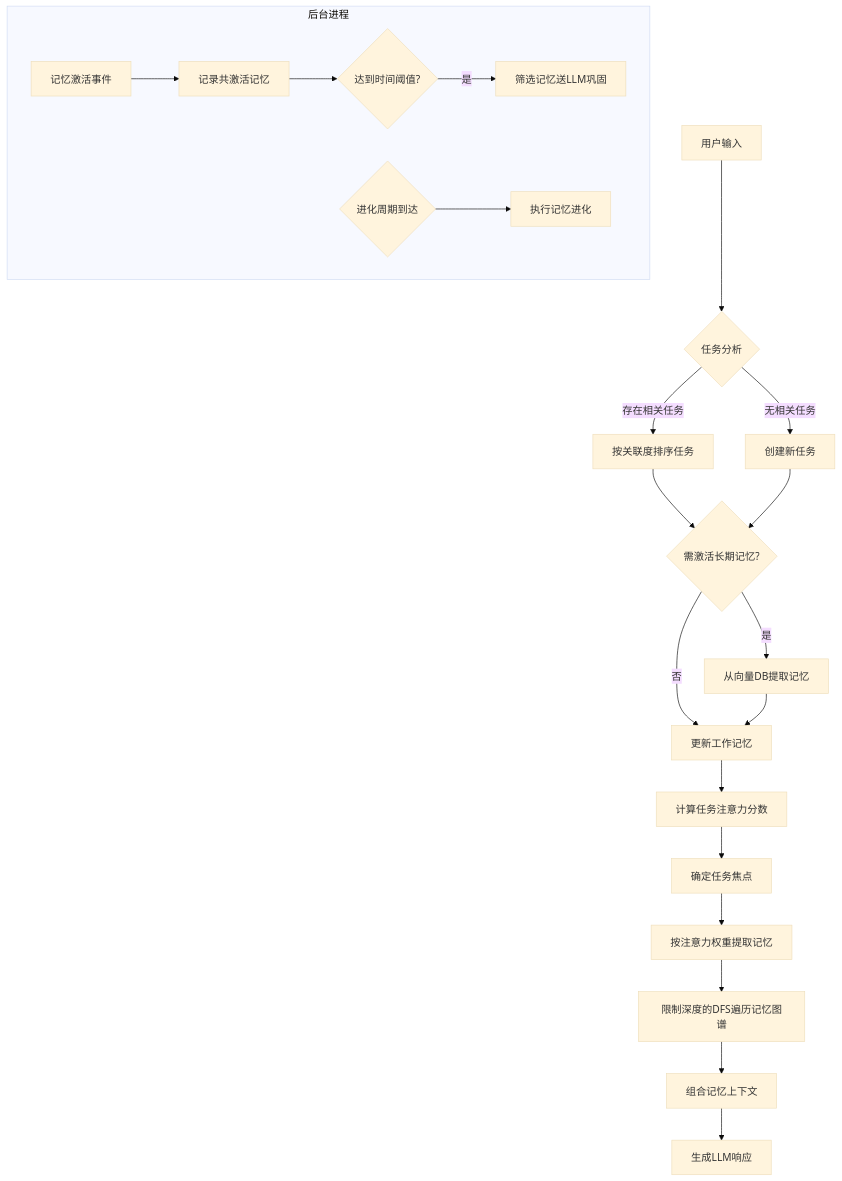
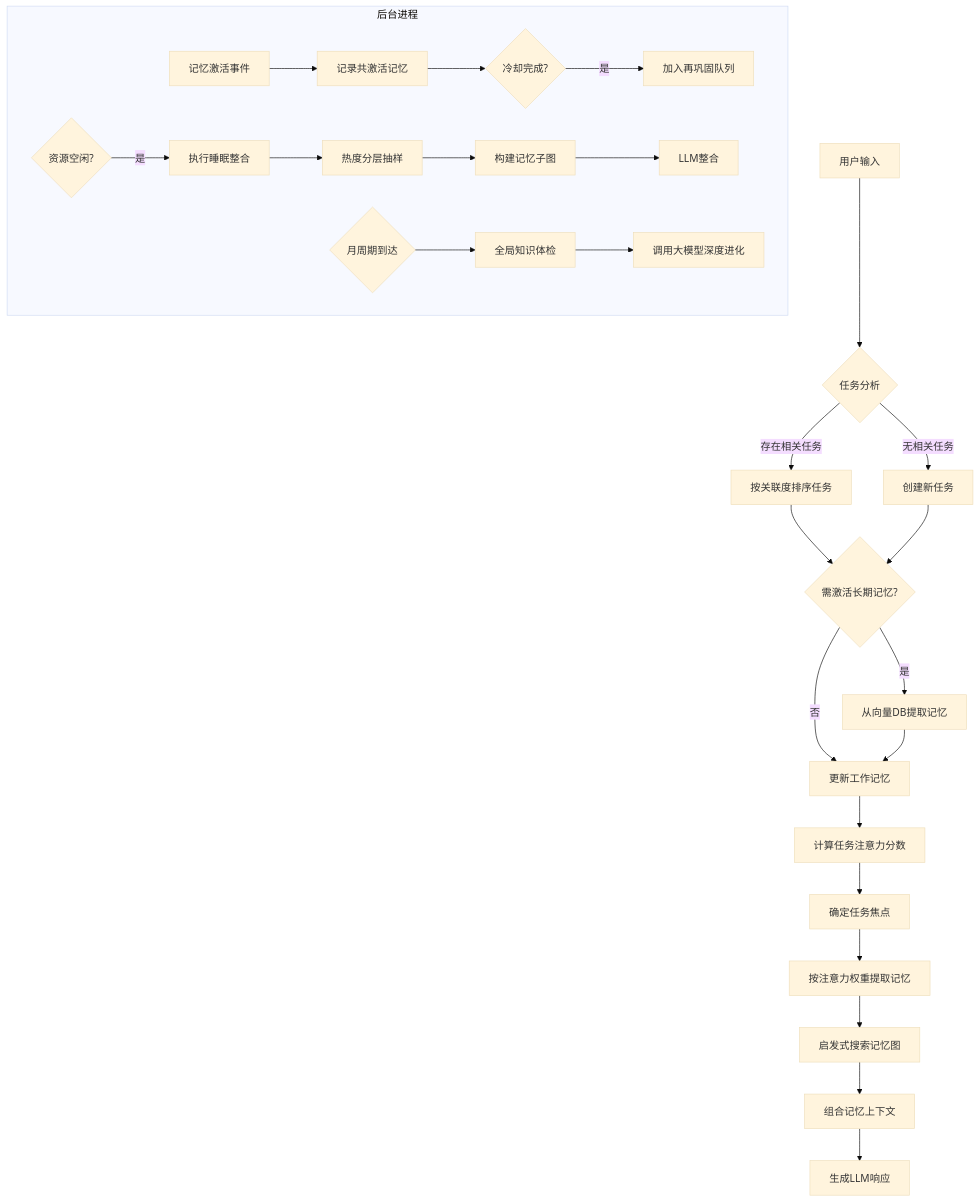
Before and after one commit to dynamder/Soulmem: the first of 2 diagrams in README.md, drawn with Mermaid (base theme). The commit also changed other lines of this file and 10 other files, not shown here.

Commit message:
add surreal db as graph database,not tested

````diff
--- a/README.md
+++ b/README.md
@@ -28,25 +69,32 @@
 ```mermaid
 graph TD
     A[用户输入] --> B{任务分析}
     B -->|存在相关任务| C[按关联度排序任务]
     B -->|无相关任务| D[创建新任务]
     C --> E{需激活长期记忆?}
     D --> E
     E -->|是| F[从向量DB提取记忆]
     E -->|否| G[更新工作记忆]
     F --> G
     G --> H[计算任务注意力分数]
     H --> I[确定任务焦点]
     I --> J[按注意力权重提取记忆]
-    J --> K[限制深度的DFS遍历记忆图谱]
+    J --> K[启发式搜索记忆图]
     K --> L[组合记忆上下文]
     L --> M[生成LLM响应]
     
     subgraph 后台进程
         N[记忆激活事件] --> O[记录共激活记忆]
-        O --> P{达到时间阈值?}
-        P -->|是| Q[筛选记忆送LLM巩固]
-        R{进化周期到达} --> S[执行记忆进化]
+        O --> P{冷却完成?}
+        P -->|是| Q[加入再巩固队列]
+        
+        R{资源空闲?} -->|是|S[执行睡眠整合]
+        S --> T[热度分层抽样]
+        T --> U[构建记忆子图]
+        U --> V[LLM整合]
+        
+        W{月周期到达} --> X[全局知识体检]
+        X --> Y[调用大模型深度进化]
     end
 
 ```
````
